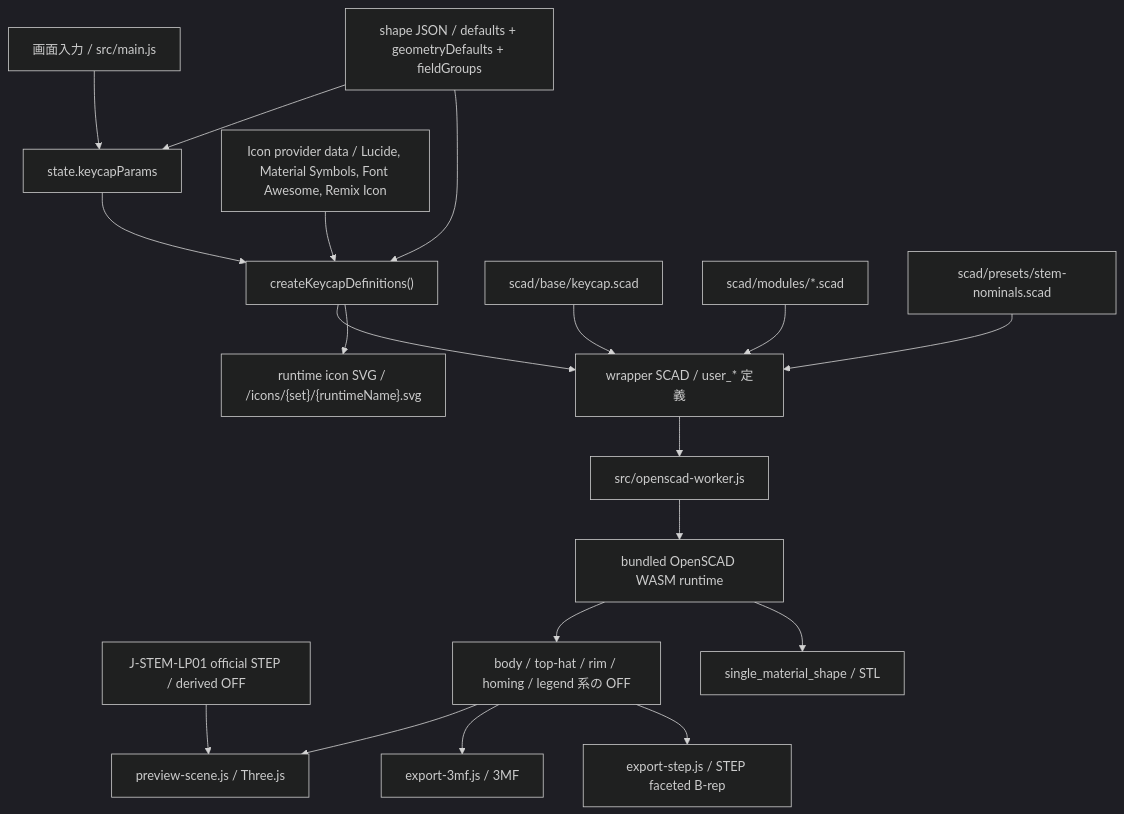
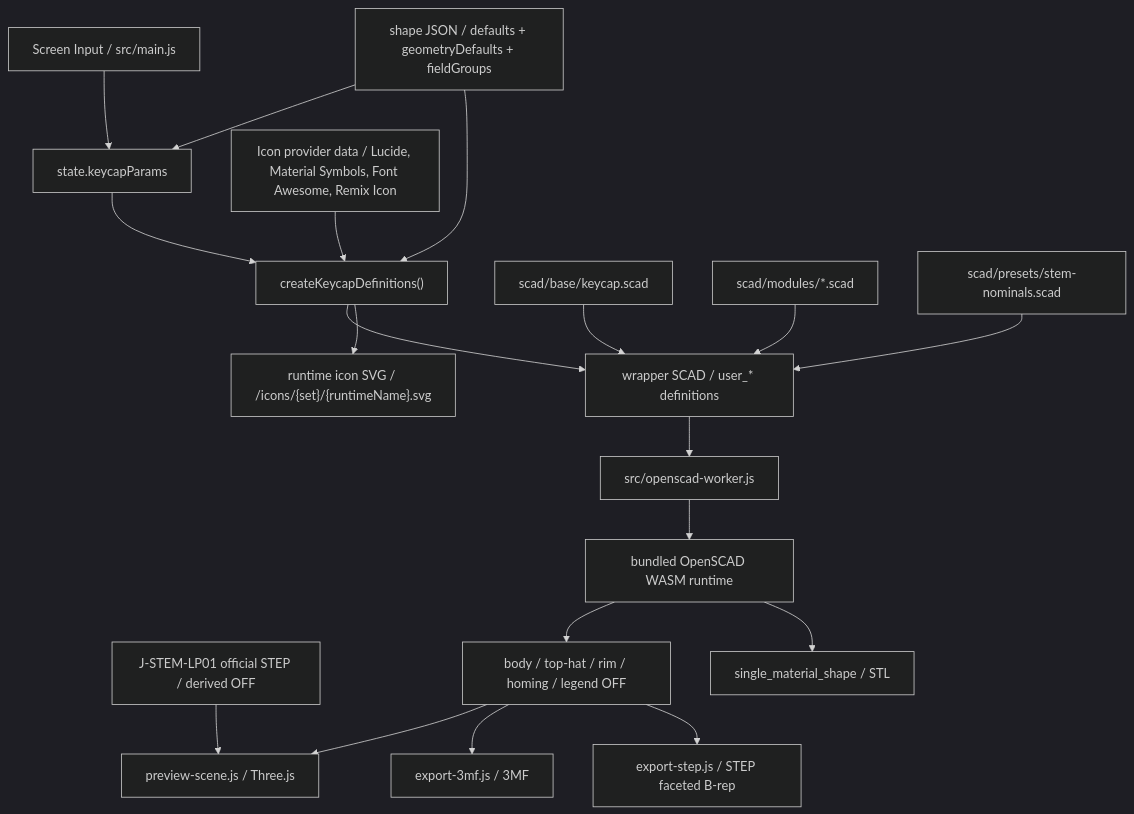
The diagram in docs/architecture/scad-and-export.md (klezm/KeycapMaker), drawn with Mermaid (dark theme) before and after one commit. The commit also changed other lines of this file and 1 other file, not shown here.

````diff
--- a/docs/architecture/scad-and-export.md
+++ b/docs/architecture/scad-and-export.md
@@ -94,21 +94,21 @@
 ```mermaid
 flowchart TD
-  screen["画面入力 / src/main.js"] --> state["state.keycapParams"]
+  screen["Screen Input / src/main.js"] --> state["state.keycapParams"]
   shapeJson["shape JSON / defaults + geometryDefaults + fieldGroups"] --> state
   state --> bridge["createKeycapDefinitions()"]
   shapeJson --> bridge
   icons["Icon provider data / Lucide, Material Symbols, Font Awesome, Remix Icon"] --> bridge
-  bridge --> wrapper["wrapper SCAD / user_* 定義"]
+  bridge --> wrapper["wrapper SCAD / user_* definitions"]
   bridge --> iconSvg["runtime icon SVG / /icons/{set}/{runtimeName}.svg"]
   stepAsset["J-STEM-LP01 official STEP / derived OFF"] --> preview
   scadEntry["scad/base/keycap.scad"] --> wrapper
   scadModules["scad/modules/*.scad"] --> wrapper
   stemNominals["scad/presets/stem-nominals.scad"] --> wrapper
   wrapper --> worker["src/openscad-worker.js"]
   worker --> wasm["bundled OpenSCAD WASM runtime"]
-  wasm --> off["body / top-hat / rim / homing / legend 系の OFF"]
+  wasm --> off["body / top-hat / rim / homing / legend OFF"]
   off --> preview["preview-scene.js / Three.js"]
   off --> export3mf["export-3mf.js / 3MF"]
   off --> exportStep["export-step.js / STEP faceted B-rep"]
   wasm --> exportStl["single_material_shape / STL"]
 ```
````
